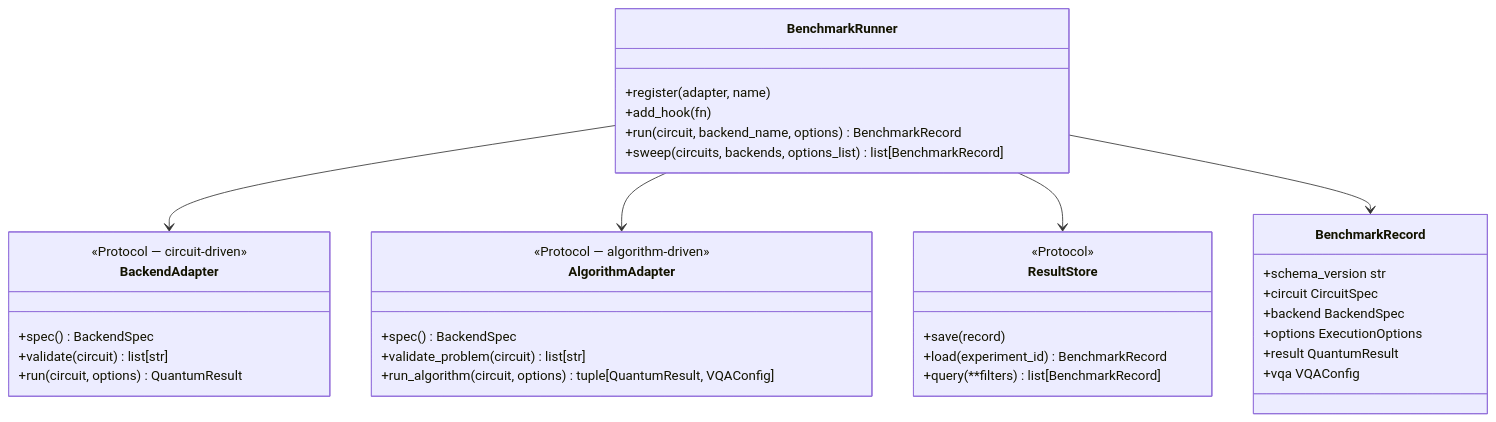
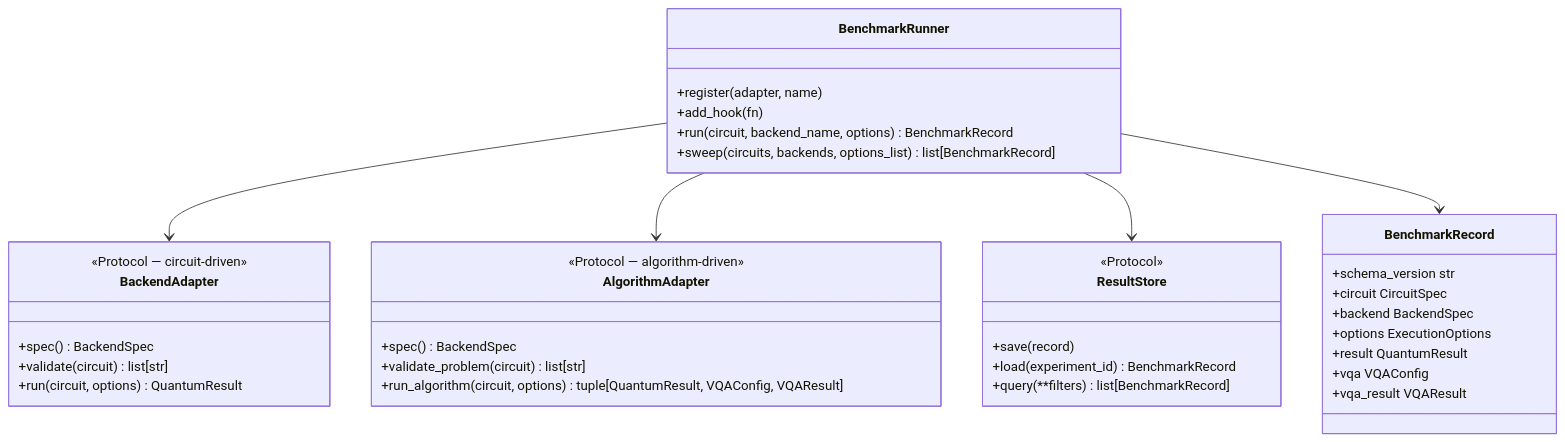
One commit to MQSdk/qpubench changed the diagram in README.md. Above: the diagram before and after it, drawn with Mermaid. The commit also changed other lines of this file and 71 other files, not shown here.

````diff
--- a/README.md
+++ b/README.md
@@ -49,39 +49,40 @@
 ```mermaid
 classDiagram
     class BenchmarkRunner {
         +register(adapter, name)
         +add_hook(fn)
         +run(circuit, backend_name, options) BenchmarkRecord
         +sweep(circuits, backends, options_list) list[BenchmarkRecord]
     }
     class BackendAdapter {
         <<Protocol — circuit-driven>>
         +spec() BackendSpec
         +validate(circuit) list[str]
         +run(circuit, options) QuantumResult
     }
     class AlgorithmAdapter {
         <<Protocol — algorithm-driven>>
         +spec() BackendSpec
         +validate_problem(circuit) list[str]
-        +run_algorithm(circuit, options) tuple[QuantumResult, VQAConfig]
+        +run_algorithm(circuit, options) tuple[QuantumResult, VQAConfig, VQAResult]
     }
     class BenchmarkRecord {
         +schema_version str
         +circuit CircuitSpec
         +backend BackendSpec
         +options ExecutionOptions
         +result QuantumResult
         +vqa VQAConfig
+        +vqa_result VQAResult
     }
     class ResultStore {
         <<Protocol>>
         +save(record)
         +load(experiment_id) BenchmarkRecord
         +query(**filters) list[BenchmarkRecord]
     }
     BenchmarkRunner --> BackendAdapter
     BenchmarkRunner --> AlgorithmAdapter
     BenchmarkRunner --> ResultStore
     BenchmarkRunner --> BenchmarkRecord
 ```
````
